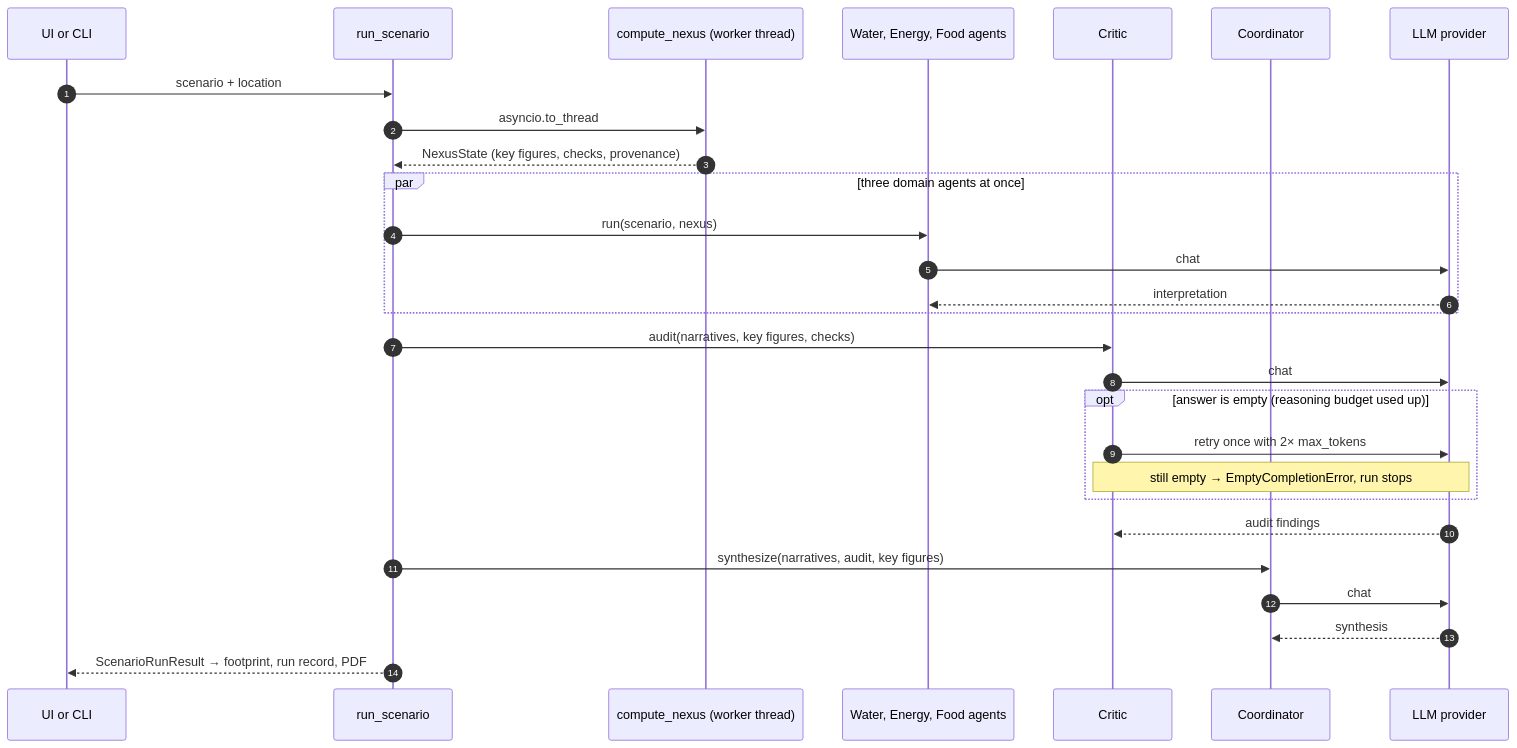
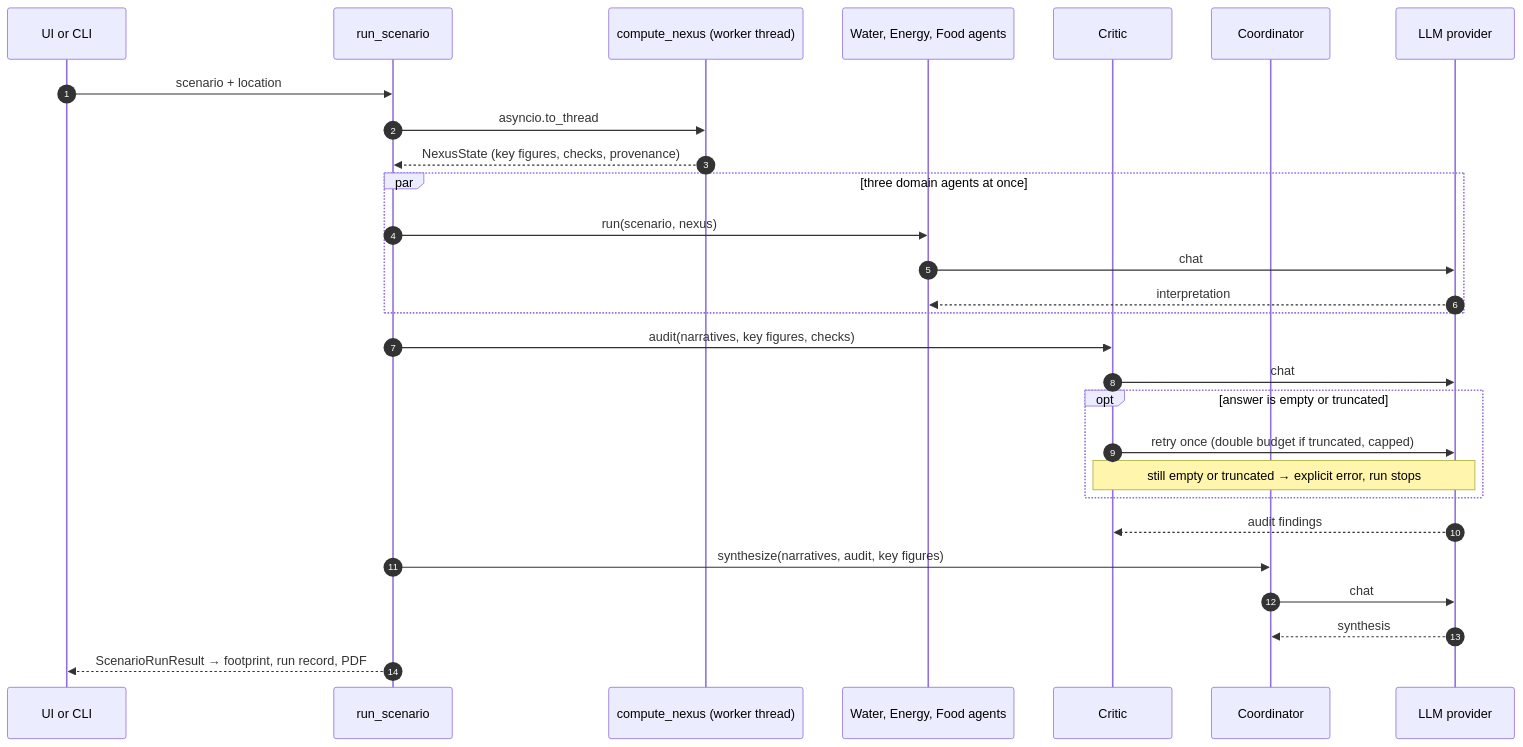
Before and after one commit to zakusworo/wef-agentic: the third of 3 diagrams in README.md, drawn with Mermaid. The commit also changed other lines of this file and 18 other files, not shown here.

````diff
--- a/README.md
+++ b/README.md
@@ -281,31 +281,31 @@
 ```mermaid
 sequenceDiagram
     autonumber
     participant U as UI or CLI
     participant G as run_scenario
     participant N as compute_nexus (worker thread)
     participant D as Water, Energy, Food agents
     participant C as Critic
     participant K as Coordinator
     participant L as LLM provider
 
     U->>G: scenario + location
     G->>N: asyncio.to_thread
     N-->>G: NexusState (key figures, checks, provenance)
     par three domain agents at once
         G->>D: run(scenario, nexus)
         D->>L: chat
         L-->>D: interpretation
     end
     G->>C: audit(narratives, key figures, checks)
     C->>L: chat
-    opt answer is empty (reasoning budget used up)
-        C->>L: retry once with 2× max_tokens
-        Note over C,L: still empty → EmptyCompletionError, run stops
+    opt answer is empty or truncated
+        C->>L: retry once (double budget if truncated, capped)
+        Note over C,L: still empty or truncated → explicit error, run stops
     end
     L-->>C: audit findings
     G->>K: synthesize(narratives, audit, key figures)
     K->>L: chat
     L-->>K: synthesis
     G-->>U: ScenarioRunResult → footprint, run record, PDF
 ```
````
